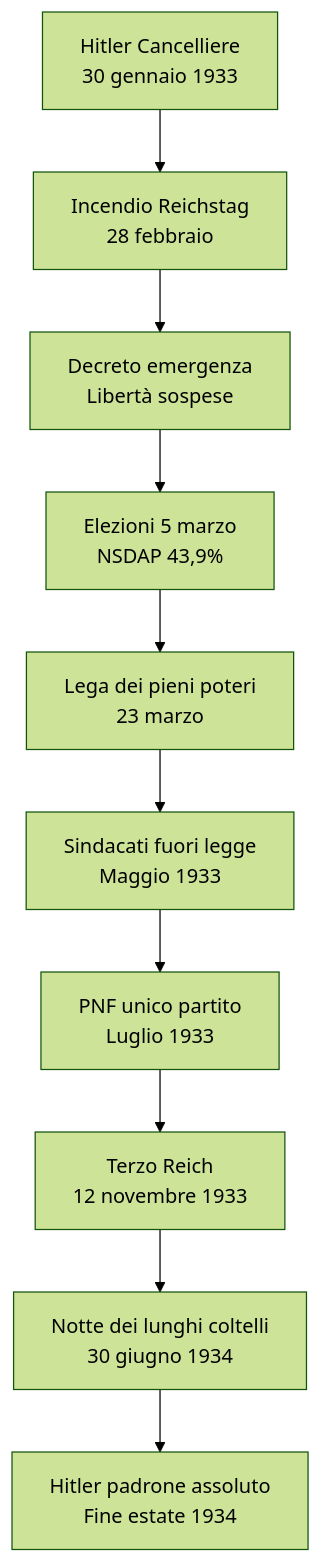
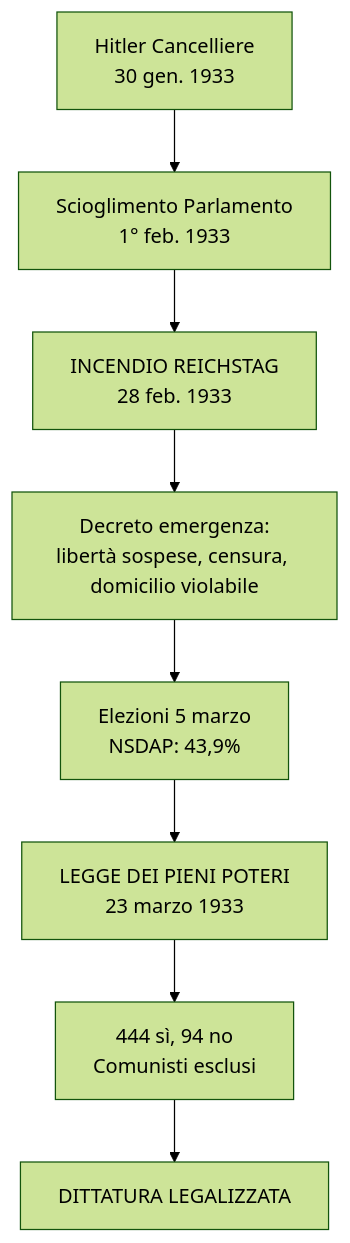
The fourth of 10 diagrams in storia/materiale/studio/capitolo_3.11_studio.md (riccardo-algorime/appunti-5Bsa), drawn with Mermaid (forest theme) before and after one commit. The commit also changed other lines of this file and 5 other files, not shown here.

````diff
--- a/storia/materiale/studio/capitolo_3.11_studio.md
+++ b/storia/materiale/studio/capitolo_3.11_studio.md
@@ -239,12 +161,10 @@
 ```mermaid
 flowchart TD
-    A[Hitler Cancelliere<br/>30 gennaio 1933] --> B[Incendio Reichstag<br/>28 febbraio]
-    B --> C[Decreto emergenza<br/>Libertà sospese]
-    C --> D[Elezioni 5 marzo<br/>NSDAP 43,9%]
-    D --> E[Lega dei pieni poteri<br/>23 marzo]
-    E --> F[Sindacati fuori legge<br/>Maggio 1933]
-    F --> G[PNF unico partito<br/>Luglio 1933]
-    G --> H[Terzo Reich<br/>12 novembre 1933]
-    H --> I[Notte dei lunghi coltelli<br/>30 giugno 1934]
-    I --> J[Hitler padrone assoluto<br/>Fine estate 1934]
+    A[Hitler Cancelliere<br/>30 gen. 1933] --> B[Scioglimento Parlamento<br/>1° feb. 1933]
+    B --> C[INCENDIO REICHSTAG<br/>28 feb. 1933]
+    C --> D[Decreto emergenza:<br/>libertà sospese, censura, domicilio violabile]
+    D --> E[Elezioni 5 marzo<br/>NSDAP: 43,9%]
+    E --> F[LEGGE DEI PIENI POTERI<br/>23 marzo 1933]
+    F --> G[444 sì, 94 no<br/>Comunisti esclusi]
+    G --> H[DITTATURA LEGALIZZATA]
 ```
````
